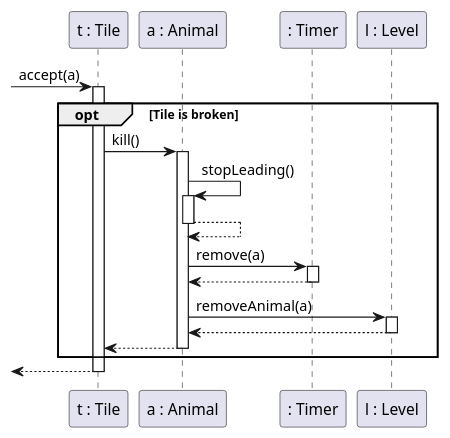
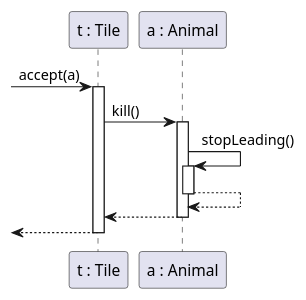
Before and after one commit to bokovhu/software-project-laboratory-assignment: the diagram in diagrams/SequenceDiagram_Animal_stepsOnBrokenTile.puml, drawn with PlantUML. The commit also changed 17 other files, not shown here.

Commit message:
some seq diagrams

```diff
--- a/diagrams/SequenceDiagram_Animal_stepsOnBrokenTile.puml
+++ b/diagrams/SequenceDiagram_Animal_stepsOnBrokenTile.puml
@@ -1,31 +1,29 @@
 @startuml
 
 skinparam classAttributeIconSize 0
 skinparam guillemet false
 
 participant "t : Tile" as t
 participant "a : Animal" as a
-participant ": Timer" as T
-participant "l : Level" as l
+
+
 
 [-> t : accept(a)
 activate t
 
-opt Tile is broken
+
 
 t -> a ++ : kill()
 a -> a++  :stopLeading()
         a--> a--
-        a -> T++ :remove(a)
-        T-->a--
 
-       a -> l ++ : removeAnimal(a)
-       l --> a --
+
+
 a --> t --
 
-end
+
 
 [<-- t
 deactivate t
 
 @enduml
```
